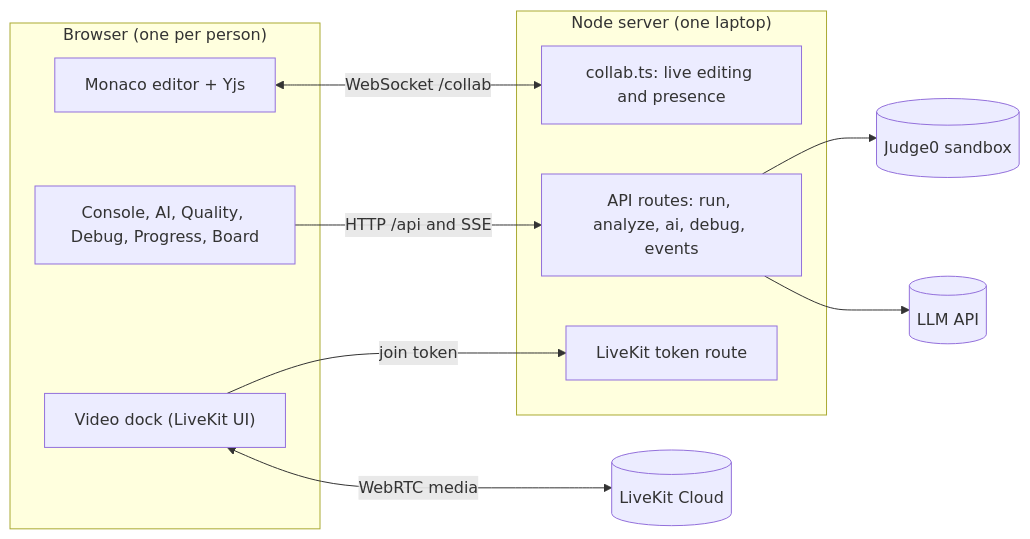
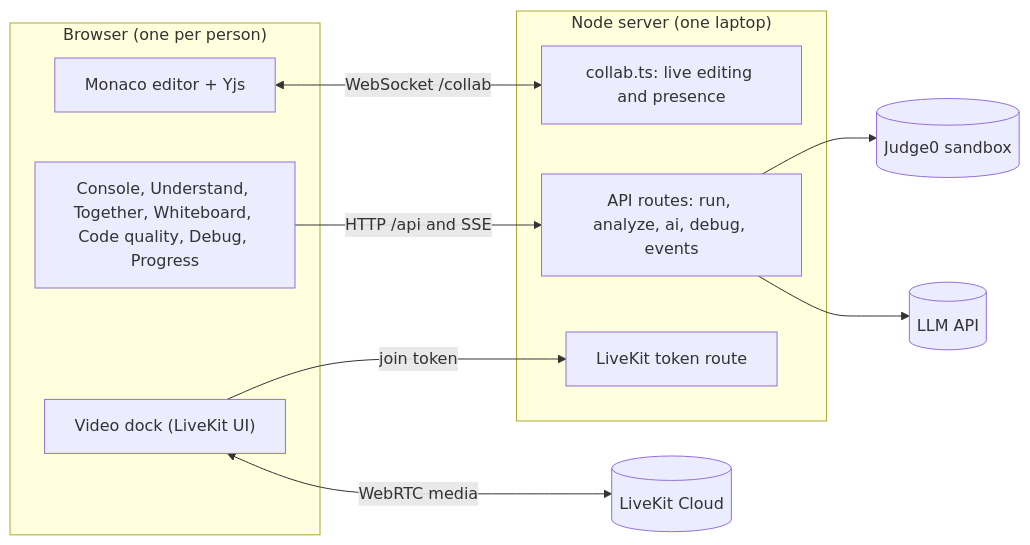
One commit to akshitsharma24-ux/SyncVerse changed the first of 2 diagrams in README.md. Above: the diagram before and after it, drawn with Mermaid. The commit also changed other lines of this file and 7 other files, not shown here.

````diff
--- a/README.md
+++ b/README.md
@@ -14,19 +33,19 @@
 ```mermaid
 flowchart LR
   subgraph Browser["Browser (one per person)"]
     Editor["Monaco editor + Yjs"]
     Video["Video dock (LiveKit UI)"]
-    Panels["Console, AI, Quality, Debug, Progress, Board"]
+    Panels["Console, Understand, Together, Whiteboard, Code quality, Debug, Progress"]
   end
   subgraph Server["Node server (one laptop)"]
     Collab["collab.ts: live editing and presence"]
     Routes["API routes: run, analyze, ai, debug, events"]
     Token["LiveKit token route"]
   end
   Editor <-->|"WebSocket /collab"| Collab
   Panels -->|"HTTP /api and SSE"| Routes
   Video -->|"join token"| Token
   Video <-->|"WebRTC media"| LiveKit[("LiveKit Cloud")]
   Routes --> Judge0[("Judge0 sandbox")]
   Routes --> LLM[("LLM API")]
 ```
````
